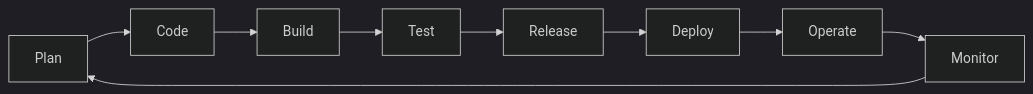
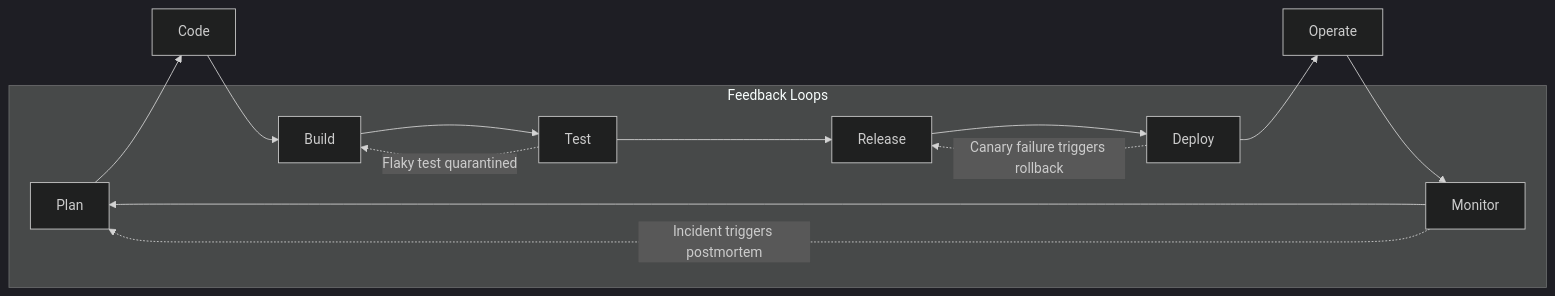
Before and after one commit to saivamsikaruturi/vamsilabs-dev-notes-main: the first of 6 diagrams in docs/devops/devops.md, drawn with Mermaid (dark theme). The commit also changed other lines of this file and 20 other files, not shown here.

````diff
--- a/docs/devops/devops.md
+++ b/docs/devops/devops.md
@@ -24,11 +31,17 @@
 ```mermaid
 graph LR
     Plan --> Code
     Code --> Build
     Build --> Test
     Test --> Release
     Release --> Deploy
     Deploy --> Operate
     Operate --> Monitor
     Monitor --> Plan
+
+    subgraph Feedback Loops
+        Monitor -.->|Incident triggers postmortem| Plan
+        Deploy -.->|Canary failure triggers rollback| Release
+        Test -.->|Flaky test quarantined| Build
+    end
 ```
````
